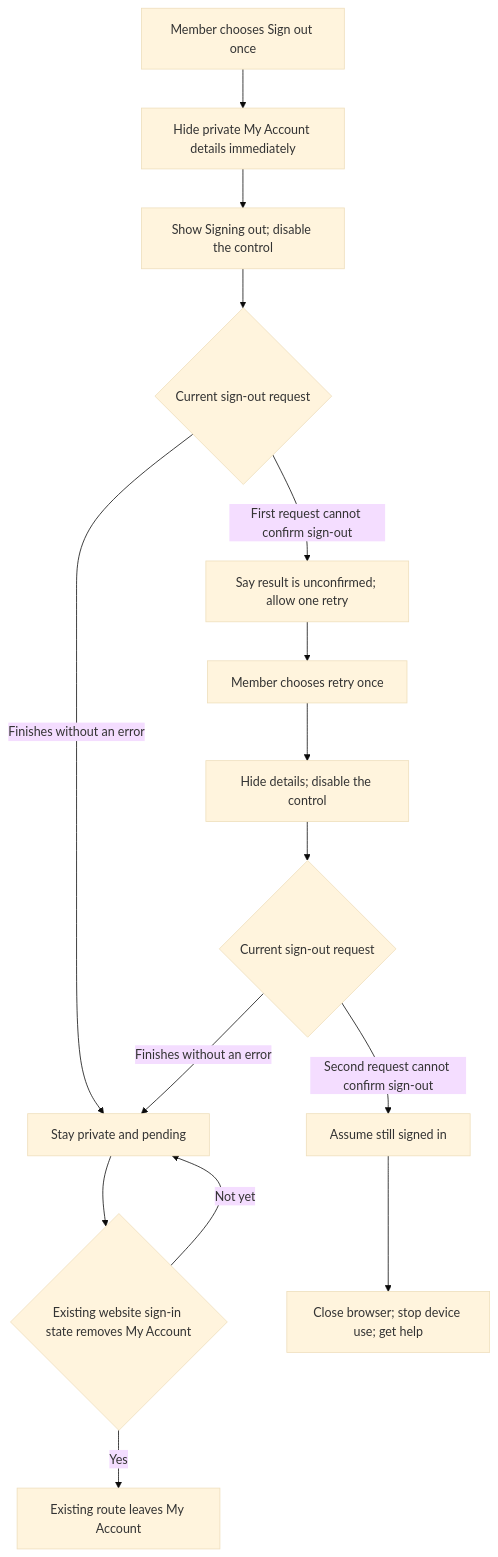
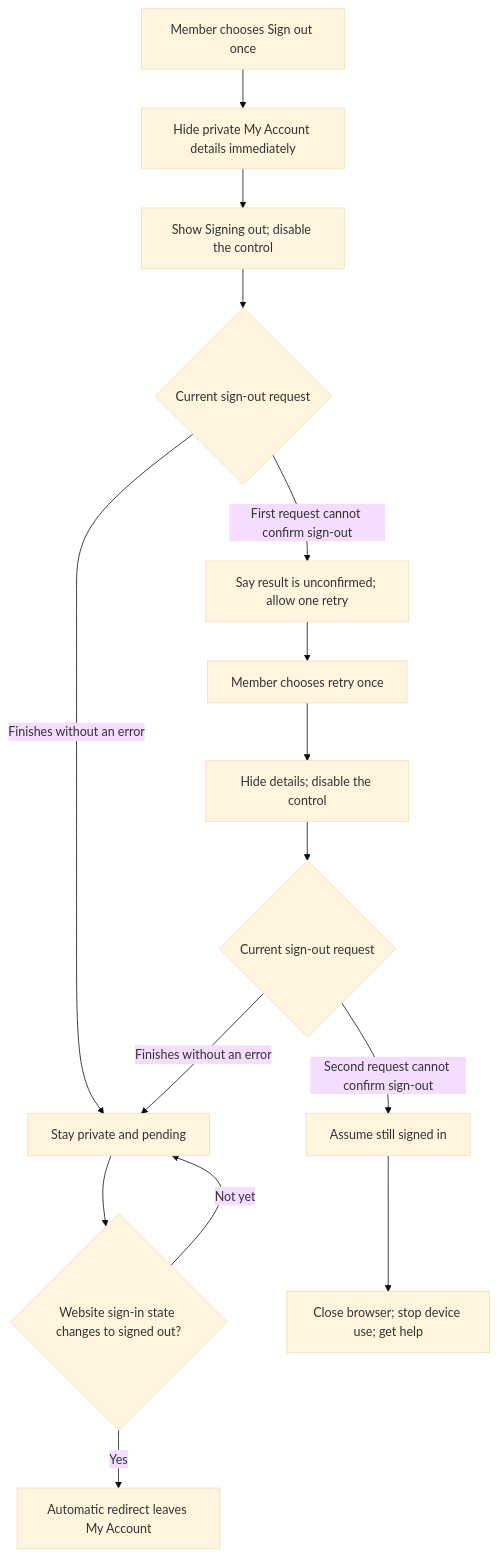
One commit to Run-MPRC/Run-MPRC.github.io changed diagram 15 of 38 in docs/officers/EVENTS_SHOP_MEMBERS.md. Above: the diagram before and after it, drawn with Mermaid (base theme). The commit also changed other lines of this file, not shown here.

Commit message:
Clarify sign-out proof boundaries

````diff
--- a/docs/officers/EVENTS_SHOP_MEMBERS.md
+++ b/docs/officers/EVENTS_SHOP_MEMBERS.md
@@ -795,17 +795,17 @@
 ```mermaid
 flowchart TD
     A["Member chooses Sign out once"] --> B["Hide private My Account details immediately"]
     B --> C["Show Signing out; disable the control"]
     C --> D{"Current sign-out request"}
     D -- "Finishes without an error" --> E["Stay private and pending"]
-    E --> F{"Existing website sign-in state removes My Account"}
+    E --> F{"Website sign-in state changes to signed out?"}
     F -- "Not yet" --> E
-    F -- "Yes" --> G["Existing route leaves My Account"]
+    F -- "Yes" --> G["Automatic redirect leaves My Account"]
     D -- "First request cannot confirm sign-out" --> H["Say result is unconfirmed; allow one retry"]
     H --> I["Member chooses retry once"]
     I --> J["Hide details; disable the control"]
     J --> K{"Current sign-out request"}
     K -- "Finishes without an error" --> E
     K -- "Second request cannot confirm sign-out" --> L["Assume still signed in"]
     L --> M["Close browser; stop device use; get help"]
 ```
````
